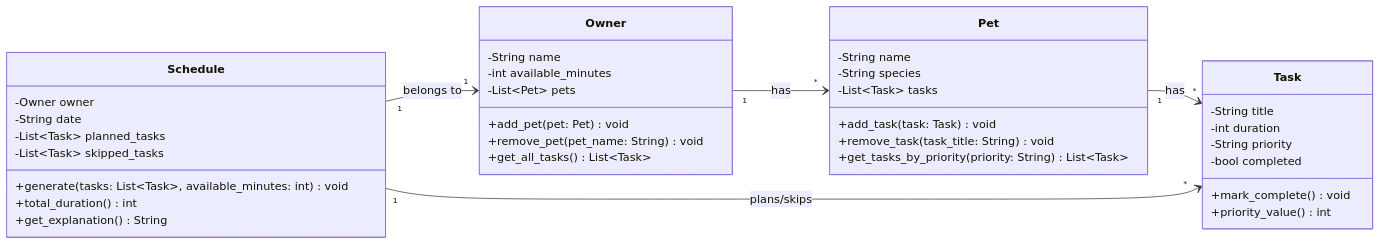
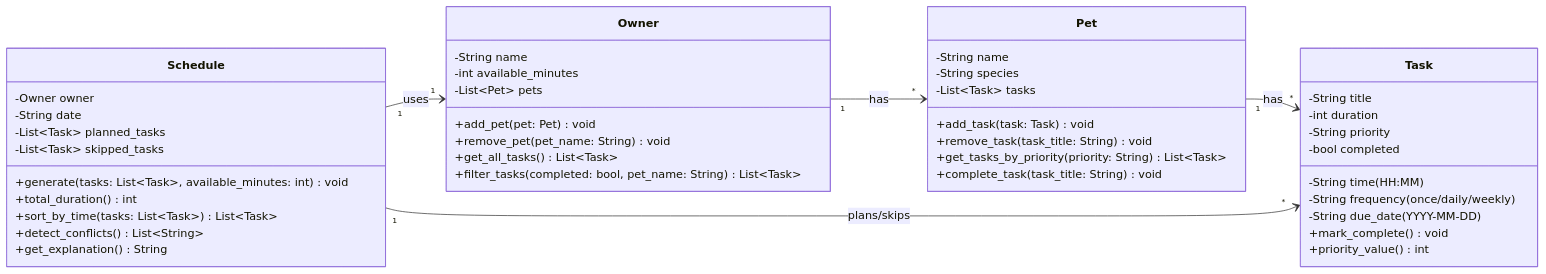
Before and after one commit to brandoge01/ai110-module2show-pawpal-starter: the diagram in class_diagram.md, drawn with Mermaid. The commit also changed 5 other files, not shown here.

````diff
--- a/class_diagram.md
+++ b/class_diagram.md
@@ -1,46 +1,53 @@
 ```mermaid
 classDiagram
     direction LR
 
-    class Owner {
-        -String name
-        -int available_minutes
-        -List~Pet~ pets
-        +add_pet(pet: Pet) void
-        +remove_pet(pet_name: String) void
-        +get_all_tasks() List~Task~
+    class Task {
+        -String title
+        -int duration
+        -String priority
+        -bool completed
+        -String time (HH:MM)
+        -String frequency (once/daily/weekly)
+        -String due_date (YYYY-MM-DD)
+        +mark_complete() void
+        +priority_value() int
     }
 
     class Pet {
         -String name
         -String species
         -List~Task~ tasks
         +add_task(task: Task) void
         +remove_task(task_title: String) void
         +get_tasks_by_priority(priority: String) List~Task~
+        +complete_task(task_title: String) void
     }
 
-    class Task {
-        -String title
-        -int duration
-        -String priority
-        -bool completed
-        +mark_complete() void
-        +priority_value() int
+    class Owner {
+        -String name
+        -int available_minutes
+        -List~Pet~ pets
+        +add_pet(pet: Pet) void
+        +remove_pet(pet_name: String) void
+        +get_all_tasks() List~Task~
+        +filter_tasks(completed: bool, pet_name: String) List~Task~
     }
 
     class Schedule {
         -Owner owner
         -String date
         -List~Task~ planned_tasks
         -List~Task~ skipped_tasks
         +generate(tasks: List~Task~, available_minutes: int) void
         +total_duration() int
+        +sort_by_time(tasks: List~Task~) List~Task~
+        +detect_conflicts() List~String~
         +get_explanation() String
     }
 
     Owner "1" --> "*" Pet : has
     Pet "1" --> "*" Task : has
-    Schedule "1" --> "1" Owner : belongs to
+    Schedule "1" --> "1" Owner : uses
     Schedule "1" --> "*" Task : plans/skips
 ```
````
